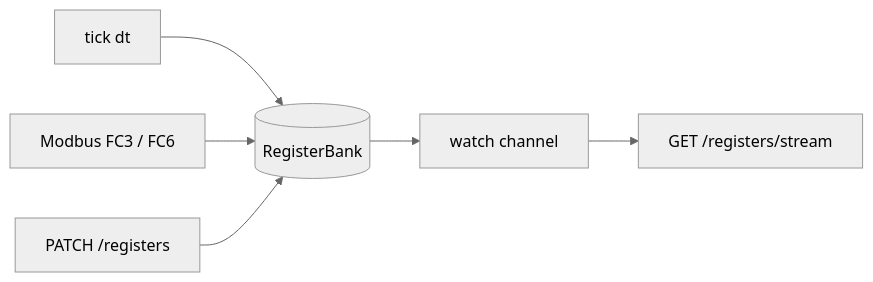
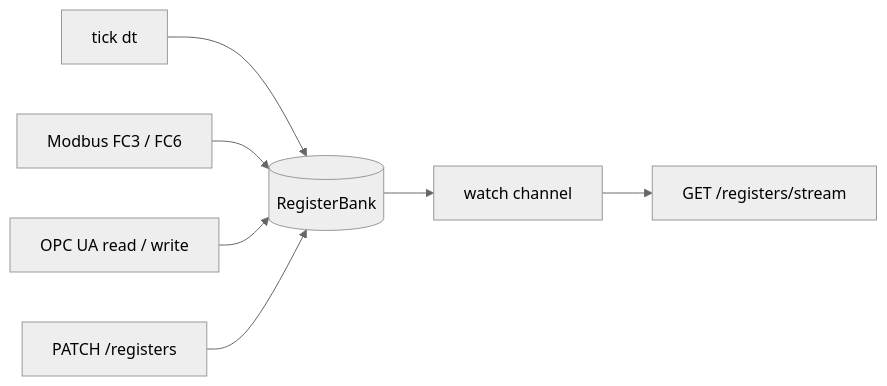
One commit to obsidia-systems/simbus changed the fifth of 7 diagrams in docs/architecture.md. Above: the diagram before and after it, drawn with Mermaid (neutral theme). The commit also changed other lines of this file and 8 other files, not shown here.

````diff
--- a/docs/architecture.md
+++ b/docs/architecture.md
@@ -164,8 +166,9 @@
 ```mermaid
 flowchart LR
     tick[tick dt] --> bank[(RegisterBank)]
     mb[Modbus FC3 / FC6] --> bank
+    ua[OPC UA read / write] --> bank
     patch[PATCH /registers] --> bank
     bank --> sse[watch channel]
     sse --> stream[GET /registers/stream]
 ```
````
